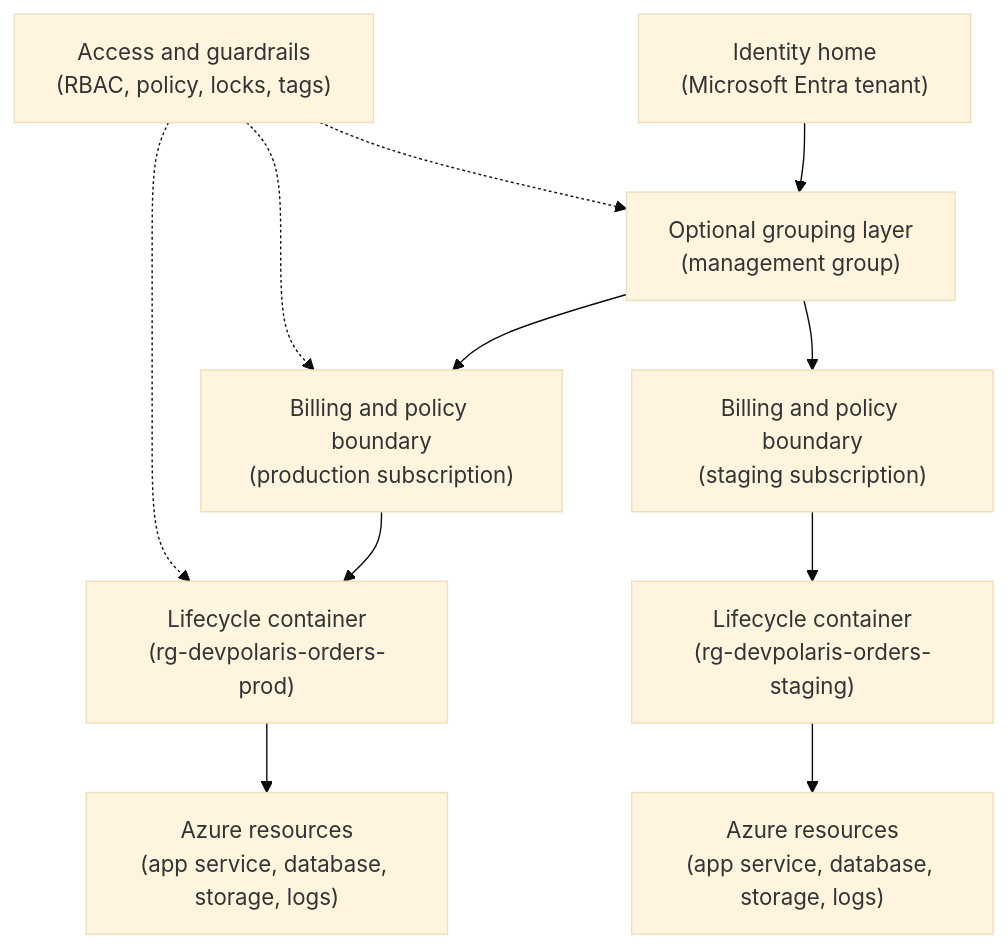
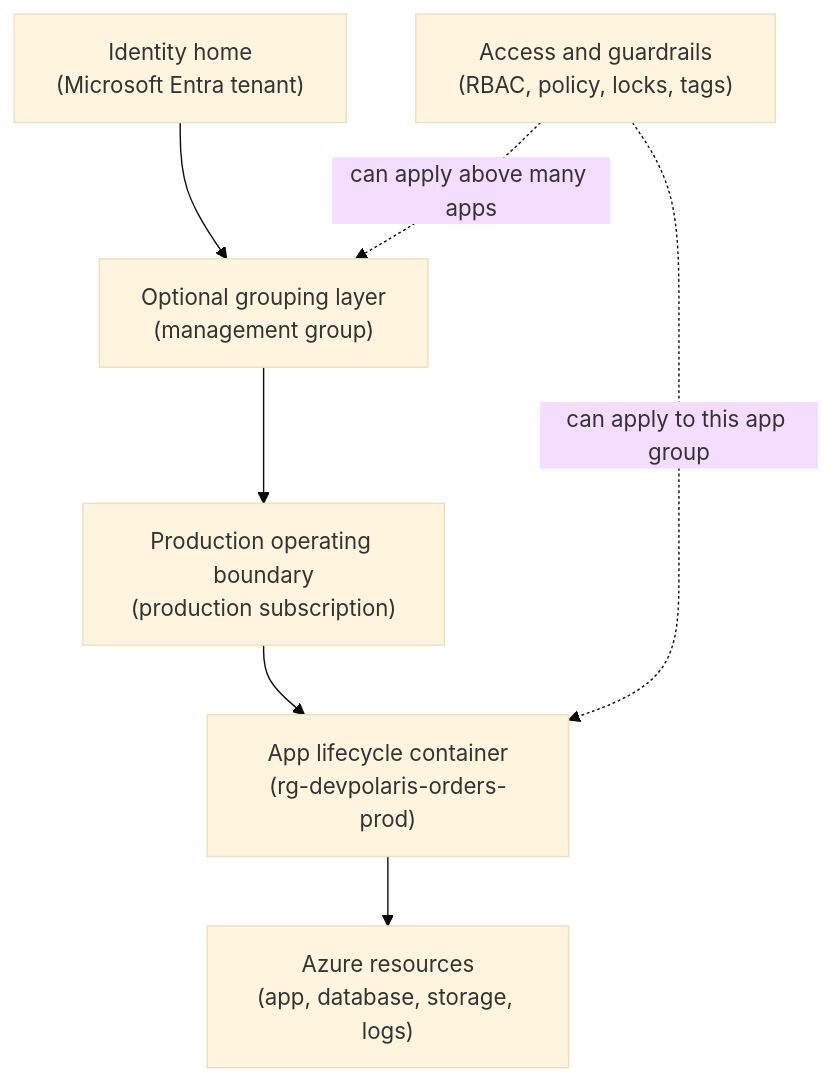
One commit to senlinyy/dev-roadmaps changed the diagram in cloud-providers/azure/foundations/tenants-subscriptions-resource-groups.md. Above: the diagram before and after it, drawn with Mermaid (base theme). The commit also changed other lines of this file and 89 other files, not shown here.

````diff
--- a/cloud-providers/azure/foundations/tenants-subscriptions-resource-groups.md
+++ b/cloud-providers/azure/foundations/tenants-subscriptions-resource-groups.md
@@ -94,23 +94,16 @@
 ```mermaid
 flowchart TD
     TENANT["Identity home<br/>(Microsoft Entra tenant)"]
     MGMT["Optional grouping layer<br/>(management group)"]
-    SUBPROD["Billing and policy boundary<br/>(production subscription)"]
-    SUBSTAGE["Billing and policy boundary<br/>(staging subscription)"]
-    RGPROD["Lifecycle container<br/>(rg-devpolaris-orders-prod)"]
-    RGSTAGE["Lifecycle container<br/>(rg-devpolaris-orders-staging)"]
-    RESPROD["Azure resources<br/>(app service, database, storage, logs)"]
-    RESSTAGE["Azure resources<br/>(app service, database, storage, logs)"]
+    SUBPROD["Production operating boundary<br/>(production subscription)"]
+    RGPROD["App lifecycle container<br/>(rg-devpolaris-orders-prod)"]
+    RESPROD["Azure resources<br/>(app, database, storage, logs)"]
     RULES["Access and guardrails<br/>(RBAC, policy, locks, tags)"]
 
     TENANT --> MGMT
     MGMT --> SUBPROD
-    MGMT --> SUBSTAGE
     SUBPROD --> RGPROD
-    SUBSTAGE --> RGSTAGE
     RGPROD --> RESPROD
-    RGSTAGE --> RESSTAGE
-    RULES -.-> MGMT
-    RULES -.-> SUBPROD
-    RULES -.-> RGPROD
+    RULES -. "can apply above many apps" .-> MGMT
+    RULES -. "can apply to this app group" .-> RGPROD
 ```
````
